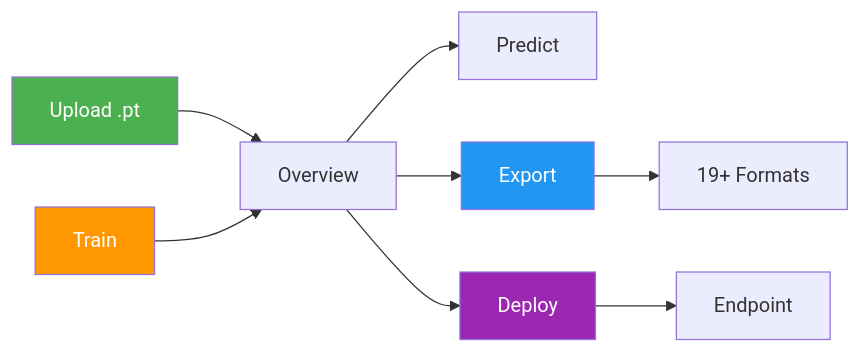
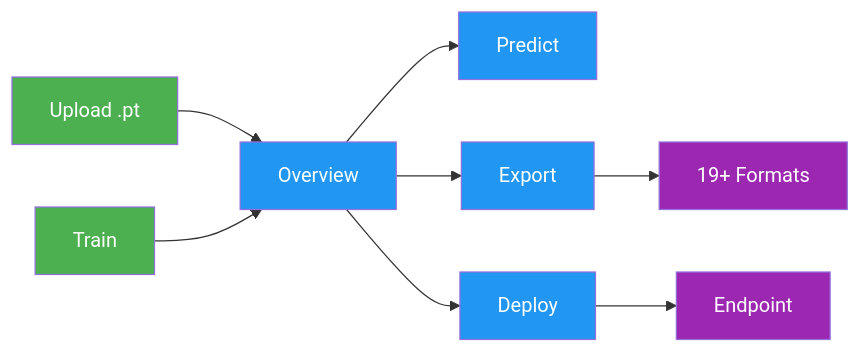
One commit to wenerme/ai changed the first of 2 diagrams in skills/ultralytics-docs/references/platform/train/models.md. Above: the diagram before and after it, drawn with Mermaid. The commit also changed other lines of this file and 544 other files, not shown here.

````diff
--- a/skills/ultralytics-docs/references/platform/train/models.md
+++ b/skills/ultralytics-docs/references/platform/train/models.md
@@ -55,15 +55,14 @@
 ```mermaid
 graph LR
-    A[Upload .pt] --> B[Overview]
-    C[Train] --> B
-    B --> D[Predict]
-    B --> E[Export]
-    B --> F[Deploy]
-    E --> G[19+ Formats]
-    F --> H[Endpoint]
+    A[Upload .pt]:::start --> B[Overview]:::proc
+    C[Train]:::start --> B
+    B --> D[Predict]:::proc
+    B --> E[Export]:::proc
+    B --> F[Deploy]:::proc
+    E --> G[19+ Formats]:::out
+    F --> H[Endpoint]:::out
 
-    style A fill:#4CAF50,color:#fff
-    style C fill:#FF9800,color:#fff
-    style E fill:#2196F3,color:#fff
-    style F fill:#9C27B0,color:#fff
+    classDef start fill:#4CAF50,color:#fff
+    classDef proc fill:#2196F3,color:#fff
+    classDef out fill:#9C27B0,color:#fff
 ```
````
